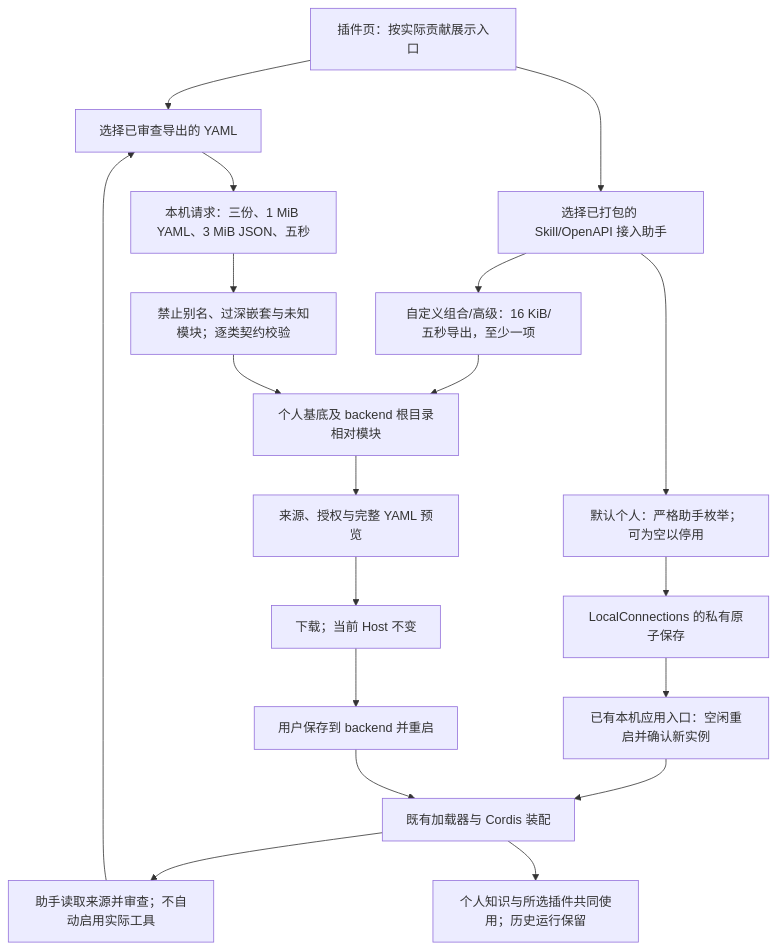
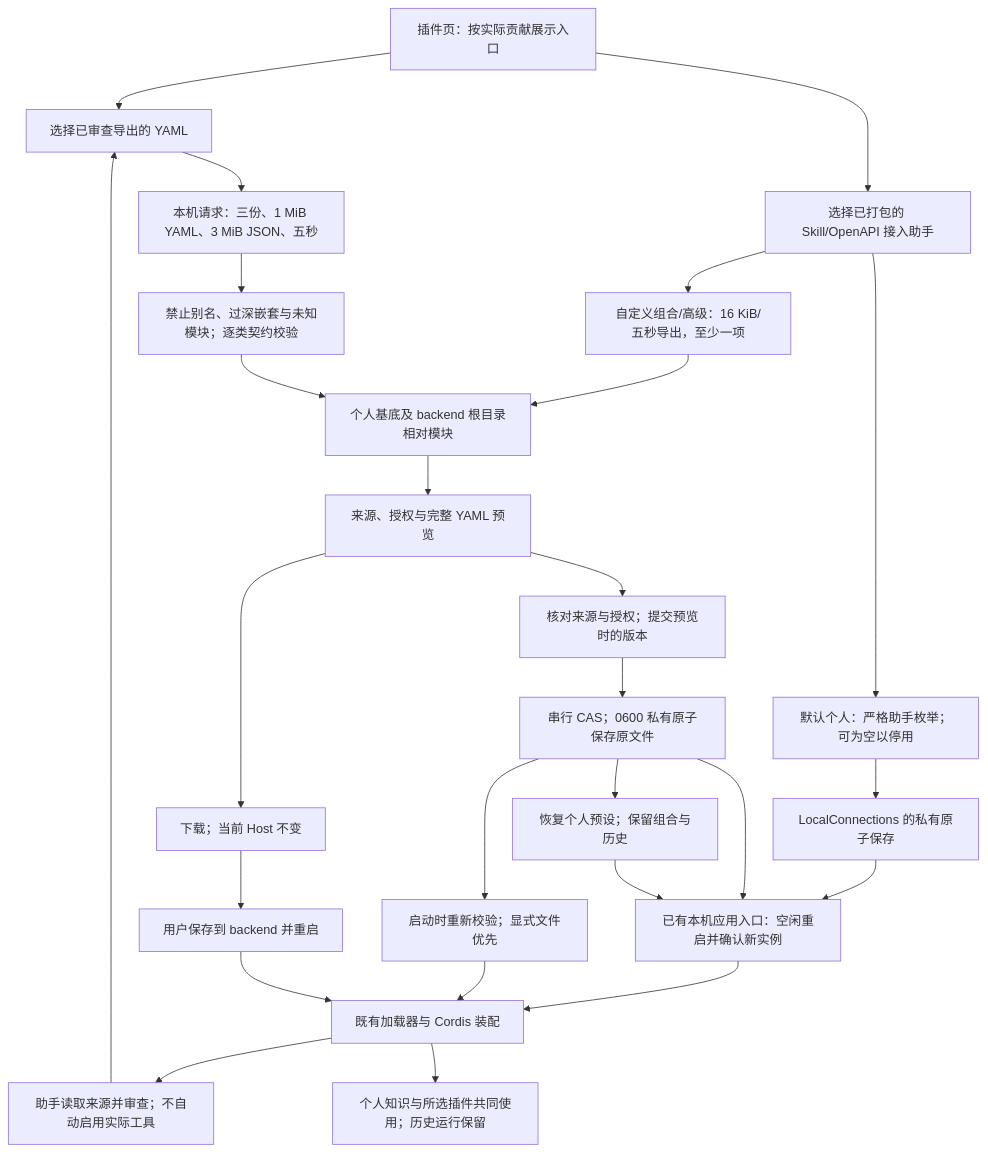
One commit to KlayPeter/AI-Delivery-Ops-Agent changed the diagram in backend/src/connectors/profile-workbench/FEATURE.md. Above: the diagram before and after it, drawn with Mermaid. The commit also changed other lines of this file and 37 other files, not shown here.

````diff
--- a/backend/src/connectors/profile-workbench/FEATURE.md
+++ b/backend/src/connectors/profile-workbench/FEATURE.md
@@ -19,21 +19,28 @@
 ```mermaid
 flowchart TD
     C[插件页：按实际贡献展示入口] --> F[选择已审查导出的 YAML]
     C --> A[选择已打包的 Skill/OpenAPI 接入助手]
     A --> NORMAL[默认个人：严格助手枚举；可为空以停用]
     NORMAL --> SAVE[LocalConnections 的私有原子保存]
     SAVE --> APPLY[已有本机应用入口：空闲重启并确认新实例]
     APPLY --> H
     A --> Q[自定义组合/高级：16 KiB/五秒导出，至少一项]
     Q --> P
     H --> DISCOVERY[助手读取来源并审查；不自动启用实际工具]
     DISCOVERY --> F
     F --> R[本机请求：三份、1 MiB YAML、3 MiB JSON、五秒]
     R --> S[禁止别名、过深嵌套与未知模块；逐类契约校验]
     S --> P[个人基底及 backend 根目录相对模块]
     P --> V[来源、授权与完整 YAML 预览]
     V --> D[下载；当前 Host 不变]
+    V --> CONFIRM[核对来源与授权；提交预览时的版本]
+    CONFIRM --> PRIVATE[串行 CAS；0600 私有原子保存原文件]
+    PRIVATE --> APPLY
+    PRIVATE --> STARTUP[启动时重新校验；显式文件优先]
+    STARTUP --> H
+    PRIVATE --> DISABLE[恢复个人预设；保留组合与历史]
+    DISABLE --> APPLY
     D --> U[用户保存到 backend 并重启]
     U --> H[既有加载器与 Cordis 装配]
     H --> K[个人知识与所选插件共同使用；历史运行保留]
 ```
````
